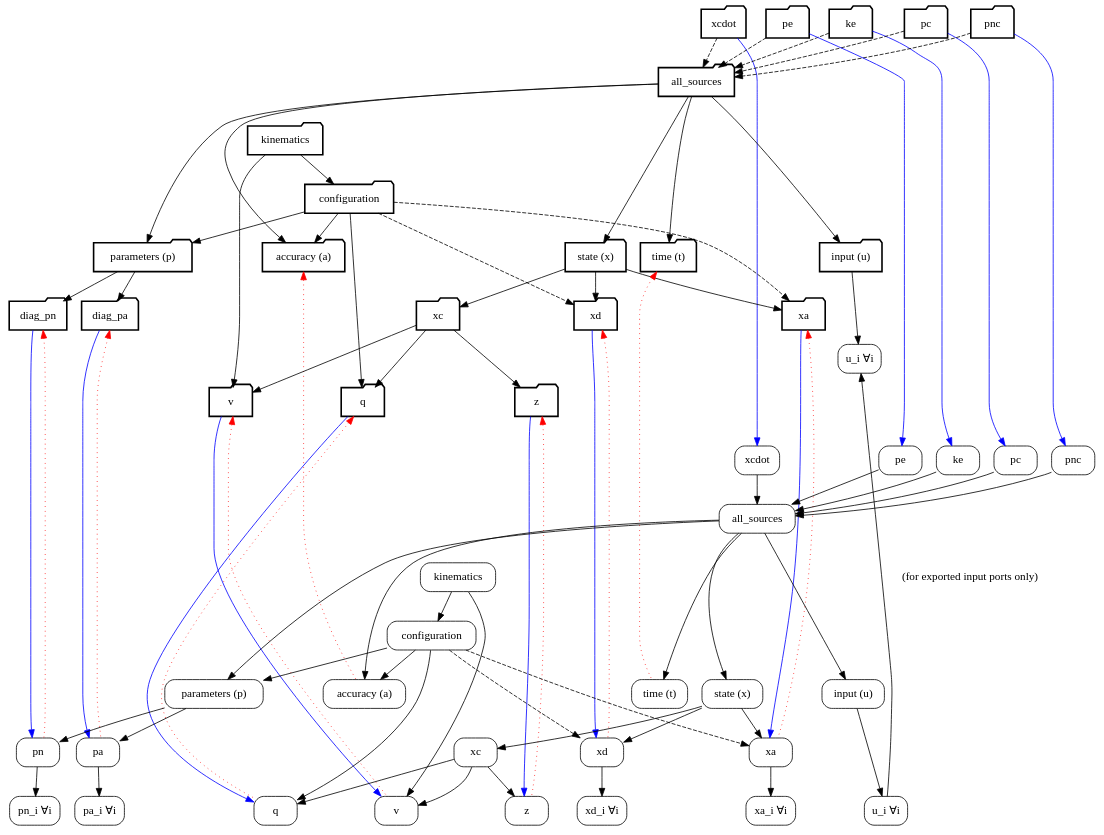
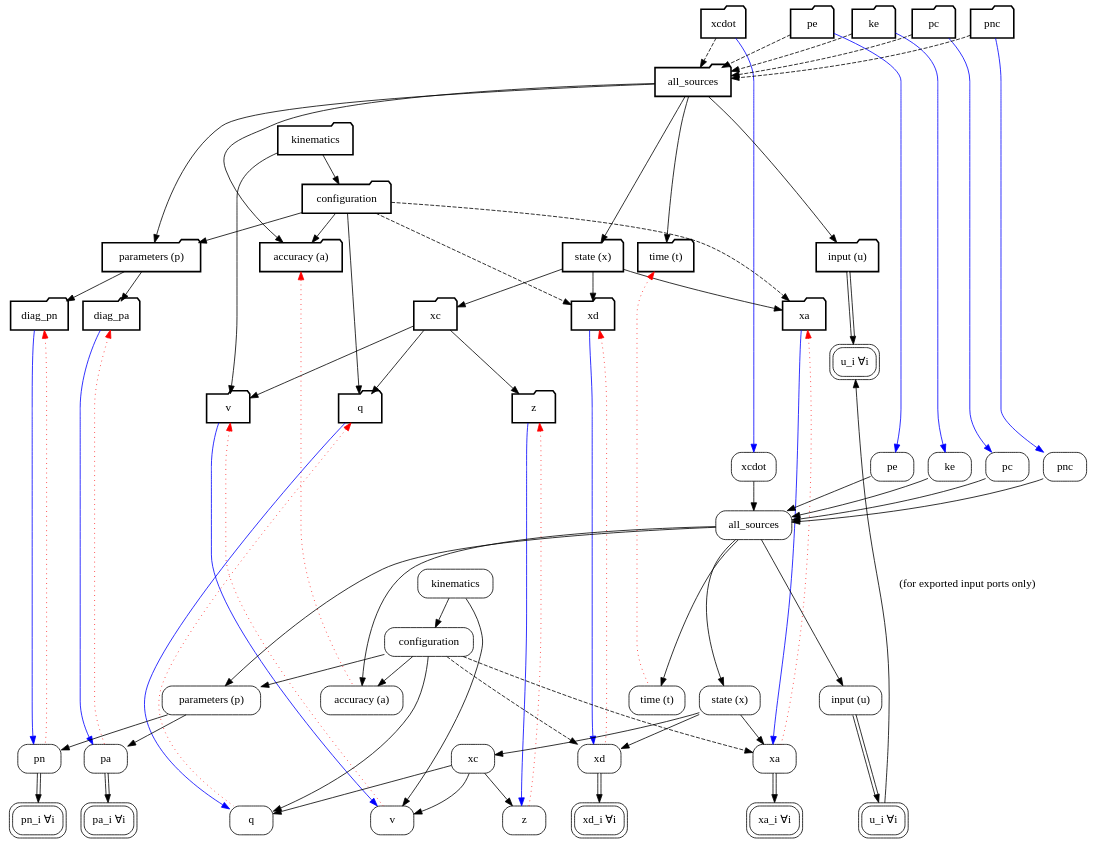
One commit to RobotLocomotion/drake changed the diagram in systems/framework/images/cache_doxygen_trackers.dot. Above: the diagram before and after it, drawn with Graphviz. The commit also changed 1 other file, not shown here.

```diff
--- a/systems/framework/images/cache_doxygen_trackers.dot
+++ b/systems/framework/images/cache_doxygen_trackers.dot
@@ -1,161 +1,161 @@
 digraph {
 rankdir=TB;
 
 // Declare all of our nodes and their visual shape.  Each statement here is the
 // same rank (i.e., one row on the visual layout).
 node[shape="folder",style="bold"];
 { rank=same; diag_xcdot; diag_ke; diag_pc; diag_pnc; diag_pe; }
 diag_all_sources;
 diag_kinematics;
 diag_configuration;
 { rank=same; diag_x; diag_p; diag_a; diag_t; diag_u; }
 { rank=same; diag_xc; diag_xd; diag_xa; diag_pn; diag_pa; }
 { rank=same; diag_q; diag_v; diag_z; }
 node[shape="rect",style="rounded"];
 { rank=same; leaf_xcdot; leaf_ke; leaf_pc; leaf_pnc; leaf_pe; }
 leaf_all_sources;
 leaf_kinematics;
 leaf_configuration;
 { rank=same; leaf_x; leaf_p; leaf_a; leaf_t; leaf_u; }
 { rank=same; leaf_xc; leaf_xd; leaf_xa; leaf_pn; leaf_pa; }
 { rank=same; leaf_q; leaf_v; leaf_z; leaf_xd_i_all; leaf_xa_i_all;
     leaf_pn_i_all; leaf_pa_i_all; leaf_u_i_all; }
 
 // Tweak the top-to-bottom order, beyond what's implied by the underlying
 // graph rankings.
 // - Stack diag atop leaf, don't intermingle their rows.
 { rank=same; leaf_xcdot; leaf_xcdot_invis[style=invis,label=""]; }
 diag_q -> leaf_xcdot_invis[style=invis];
 // - Stack ..._all_sources atop ..._kinematics, not as a sibling.
 { rank=same; diag_kinematics; dkinvis[style=invis,label=""]; }
 { rank=same; leaf_kinematics; lkinvis[style=invis,label=""]; }
 diag_all_sources -> dkinvis[style=invis];
 leaf_all_sources -> lkinvis[style=invis];
 
 // Tweak the left-to-right order, beyond the default edge-routing heuristics.
 leaf_all_sources[ordering="in"]; diag_all_sources[ordering="in"];
 leaf_x[ordering="out"]; diag_x[ordering="out"];
 leaf_p[ordering="out"]; diag_p[ordering="out"];
 leaf_xc[ordering="out"]; diag_xc[ordering="out"];
 
 // This list exactly mirrors the "Predefined dependency tickets" table.
 // We omit some nodes for conciseness.
 // (omitted) leaf_nothing
 leaf_t[label="time (t)"];
 leaf_a[label="accuracy (a)"];
 leaf_q[label="q"];
 leaf_v[label="v"];
 leaf_z[label="z"];
 leaf_xc[label="xc"];
-leaf_xd[label="xd"]; leaf_xd_i_all[label="xd_i ∀i"];
-leaf_xa[label="xa"]; leaf_xa_i_all[label="xa_i ∀i"];
+leaf_xd[label="xd"]; leaf_xd_i_all[label="xd_i ∀i",peripheries=2];
+leaf_xa[label="xa"]; leaf_xa_i_all[label="xa_i ∀i",peripheries=2];
 leaf_x[label="state (x)"];
-leaf_pn[label="pn"]; leaf_pn_i_all[label="pn_i ∀i"];
-leaf_pa[label="pa"]; leaf_pa_i_all[label="pa_i ∀i"];
+leaf_pn[label="pn"]; leaf_pn_i_all[label="pn_i ∀i",peripheries=2];
+leaf_pa[label="pa"]; leaf_pa_i_all[label="pa_i ∀i",peripheries=2];
 leaf_p[label="parameters (p)"];
-leaf_u[label="input (u)"]; leaf_u_i_all[label="u_i ∀i"];
+leaf_u[label="input (u)"]; leaf_u_i_all[label="u_i ∀i",peripheries=2];
 leaf_all_sources[label="all_sources"];
 leaf_configuration[label="configuration"];
 leaf_kinematics[label="kinematics"];
 leaf_xcdot[label="xcdot"];
 leaf_pe[label="pe"];
 leaf_ke[label="ke"];
 leaf_pc[label="pc"];
 leaf_pnc[label="pnc"];
 // (omitted) leaf_pn_i
 // (omitted) leaf_pa_i
 // (omitted) leaf_xd_i
 // (omitted) leaf_xa_i
 // (omitted) leaf_u_i
 // (omitted) leaf_c_i
 leaf_xc -> { leaf_q leaf_v leaf_z };
-leaf_xd -> leaf_xd_i_all;
-leaf_xa -> leaf_xa_i_all;
+leaf_xd -> leaf_xd_i_all[color="black:white:black"];
+leaf_xa -> leaf_xa_i_all[color="black:white:black"];
 leaf_x -> { leaf_xc leaf_xd leaf_xa };
-leaf_pn-> leaf_pn_i_all;
-leaf_pa -> leaf_pa_i_all;
+leaf_pn-> leaf_pn_i_all[color="black:white:black"];
+leaf_pa -> leaf_pa_i_all[color="black:white:black"];
 leaf_p -> { leaf_pn leaf_pa };
-leaf_u -> leaf_u_i_all;
+leaf_u -> leaf_u_i_all[color="black:white:black"];
 leaf_all_sources -> { leaf_x, leaf_p, leaf_a, leaf_t, leaf_u };
 leaf_configuration -> { leaf_q, leaf_p, leaf_a };
   leaf_configuration -> leaf_xd[style="dashed"];  // Footnote 3.
   leaf_configuration -> leaf_xa[style="dashed"];  // Footnote 3.
 leaf_kinematics -> { leaf_configuration, leaf_v };
 leaf_xcdot-> leaf_all_sources;
 leaf_pe -> leaf_all_sources;
 leaf_ke -> leaf_all_sources;
 leaf_pc -> leaf_all_sources;
 leaf_pnc -> leaf_all_sources;
 
 // This list repeats the above stanza but with "leaf_" renamed to "diag_",
 // and with the "footnote 2" edges removed.
 // (omitted) leaf_nothing
 diag_t[label="time (t)"];
 diag_a[label="accuracy (a)"];
 diag_q[label="q"];
 diag_v[label="v"];
 diag_z[label="z"];
 diag_xc[label="xc"];
 diag_xd[label="xd"];
 diag_xa[label="xa"];
 diag_x[label="state (x)"];
 leaf_pn[label="pn"];
 leaf_pa[label="pa"];
 diag_p[label="parameters (p)"];
-diag_u[label="input (u)"]; diag_u_i_all[label="u_i ∀i";];
+diag_u[label="input (u)"]; diag_u_i_all[label="u_i ∀i",peripheries=2];
 diag_all_sources[label="all_sources"];
 diag_configuration[label="configuration"];
 diag_kinematics[label="kinematics"];
 diag_xcdot[label="xcdot"];
 diag_pe[label="pe"];
 diag_ke[label="ke"];
 diag_pc[label="pc"];
 diag_pnc[label="pnc"];
 // (omitted) diag_u_i
 // (omitted) diag_c_i
 diag_xc -> { diag_q diag_v diag_z };
 diag_x -> { diag_xc diag_xd diag_xa };
 diag_p -> { diag_pn diag_pa };
-diag_u -> diag_u_i_all;
+diag_u -> diag_u_i_all[color="black:white:black"];
 diag_all_sources -> { diag_x, diag_p, diag_a, diag_t, diag_u };
 diag_configuration -> { diag_q, diag_p, diag_a };
   diag_configuration -> diag_xd[style="dashed"];  // Footnote 3.
   diag_configuration -> diag_xa[style="dashed"];  // Footnote 3.
 diag_kinematics -> { diag_configuration, diag_v };
 diag_xcdot -> diag_all_sources[style="dashed"];   // Footnote 5.
 diag_pe -> diag_all_sources[style="dashed"];      // Footnote 5.
 diag_ke -> diag_all_sources[style="dashed"];      // Footnote 5.
 diag_pc -> diag_all_sources[style="dashed"];      // Footnote 5.
 diag_pnc -> diag_all_sources[style="dashed"];     // Footnote 5.
 
 // Per "Predefined dependency tickets" table footnote 4.
 diag_u_i_all -> leaf_u_i_all[dir="back",label="(for exported input ports only)"];
 
 // This list exactly mirrors the "Diagram-specific implementation" table, for
 // the "Subscribes to" column.
 diag_q -> leaf_q[color="blue"];
 diag_v -> leaf_v[color="blue"];
 diag_z -> leaf_z[color="blue"];
 diag_xd -> leaf_xd[color="blue"];
 diag_xa -> leaf_xa[color="blue"];
 diag_pn -> leaf_pn[color="blue"];
 diag_pa -> leaf_pa[color="blue"];
 diag_xcdot -> leaf_xcdot[color="blue"];
 diag_pe -> leaf_pe[color="blue"];
 diag_ke -> leaf_ke[color="blue"];
 diag_pc -> leaf_pc[color="blue"];
 diag_pnc -> leaf_pnc[color="blue"];
 
 // This list exactly mirrors the "Diagram-specific implementation" table, for
 // the "Notifications send" column.
 diag_t -> leaf_t[dir="back",color="red",style="dotted"];
 diag_a -> leaf_a[dir="back",color="red",style="dotted"];
 diag_q -> leaf_q[dir="back",color="red",style="dotted"];
 diag_v -> leaf_v[dir="back",color="red",style="dotted"];
 diag_z -> leaf_z[dir="back",color="red",style="dotted"];
 diag_xd -> leaf_xd[dir="back",color="red",style="dotted"];
 diag_xa -> leaf_xa[dir="back",color="red",style="dotted"];
 diag_pn -> leaf_pn[dir="back",color="red",style="dotted"];
 diag_pa -> leaf_pa[dir="back",color="red",style="dotted"];
 
 }  // diagraph
```
